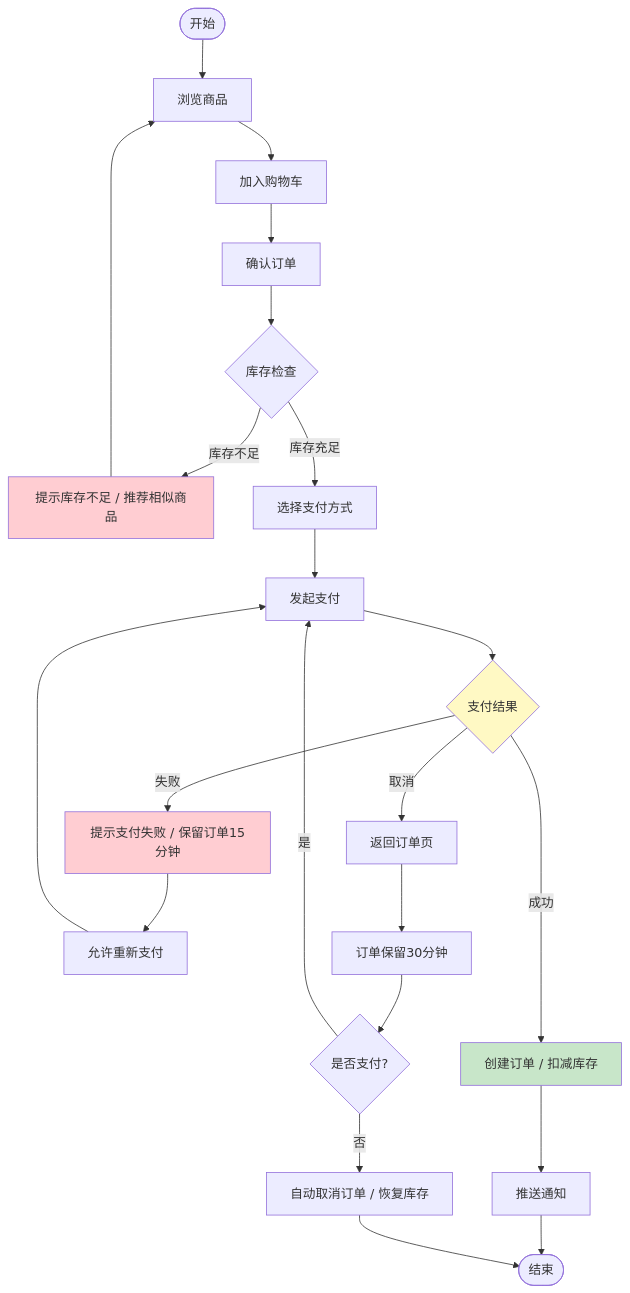
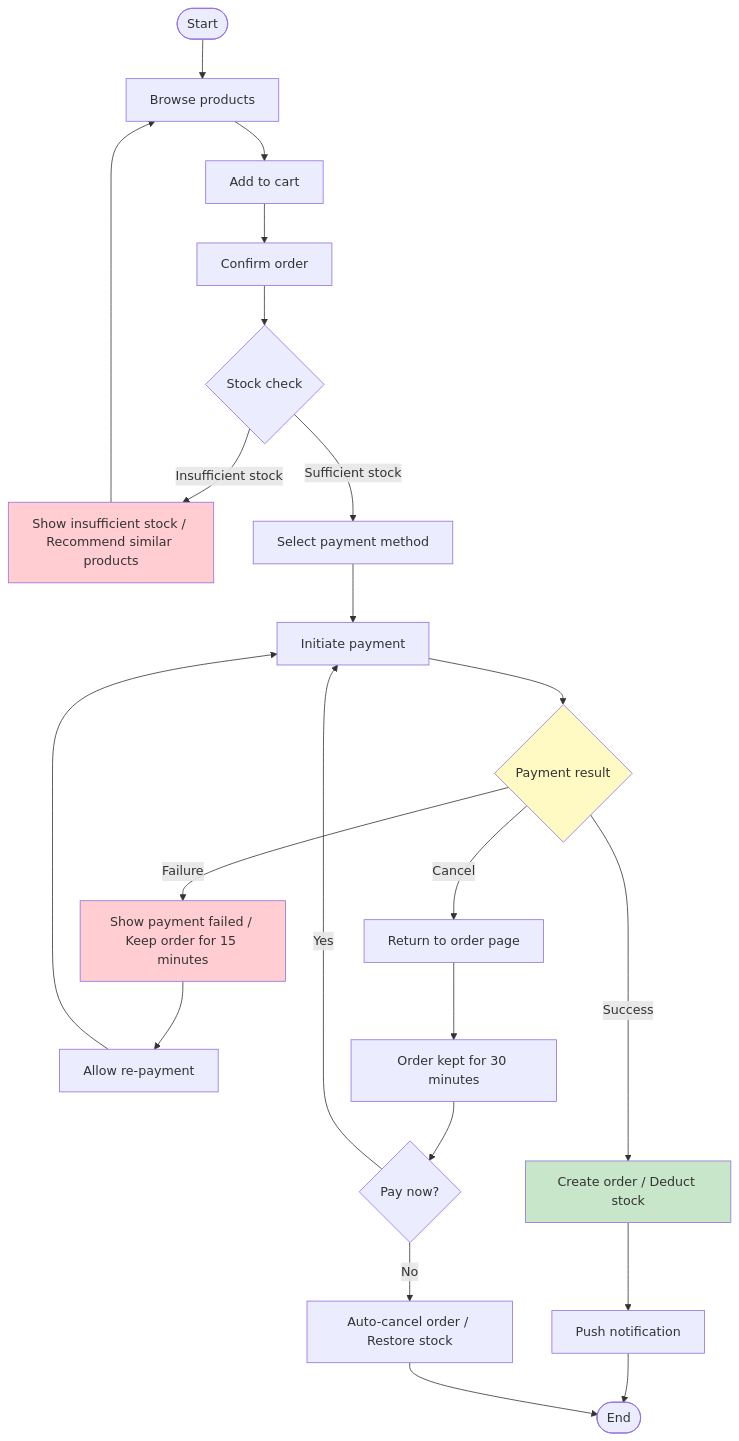
The eighth of 12 diagrams in templates/产品/产品层/【模板】产品需求文档.md (Kirky-X/cangjie), drawn with Mermaid before and after one commit. The commit also changed other lines of this file and 60 other files, not shown here.

````diff
--- a/templates/产品/产品层/【模板】产品需求文档.md
+++ b/templates/产品/产品层/【模板】产品需求文档.md
@@ -409,29 +409,29 @@
 ```mermaid
 flowchart TD
-    Start([开始]) --> A[浏览商品]
-    A --> B[加入购物车]
-    B --> C[确认订单]
-    C --> D{库存检查}
-    D -->|库存不足| E[提示库存不足 / 推荐相似商品]
+    Start([Start]) --> A[Browse products]
+    A --> B[Add to cart]
+    B --> C[Confirm order]
+    C --> D{Stock check}
+    D -->|Insufficient stock| E[Show insufficient stock / Recommend similar products]
     E --> A
-    D -->|库存充足| F[选择支付方式]
-    F --> G[发起支付]
-    G --> H{支付结果}
-    H -->|成功| I[创建订单 / 扣减库存]
-    H -->|失败| J[提示支付失败 / 保留订单15分钟]
-    H -->|取消| K[返回订单页]
-    I --> L[推送通知]
-    J --> M[允许重新支付]
+    D -->|Sufficient stock| F[Select payment method]
+    F --> G[Initiate payment]
+    G --> H{Payment result}
+    H -->|Success| I[Create order / Deduct stock]
+    H -->|Failure| J[Show payment failed / Keep order for 15 minutes]
+    H -->|Cancel| K[Return to order page]
+    I --> L[Push notification]
+    J --> M[Allow re-payment]
     M --> G
-    K --> N[订单保留30分钟]
-    N --> O{是否支付?}
-    O -->|是| G
-    O -->|否| P[自动取消订单 / 恢复库存]
-    L --> Q([结束])
+    K --> N[Order kept for 30 minutes]
+    N --> O{Pay now?}
+    O -->|Yes| G
+    O -->|No| P[Auto-cancel order / Restore stock]
+    L --> Q([End])
     P --> Q
 
     style I fill:#c8e6c9
     style H fill:#fff9c4
     style E fill:#ffcdd2
     style J fill:#ffcdd2
 ```
````
